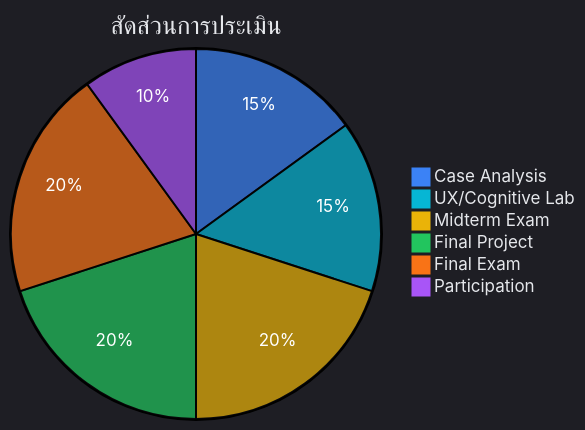
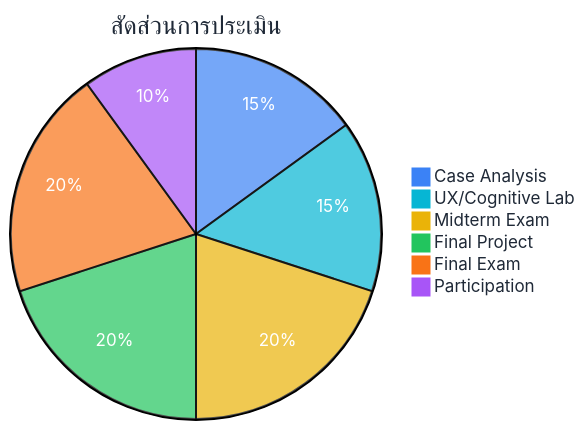
Before and after one commit to nutthakorn7/kmutnb-fte-portfolio: the diagram in teaching-plans/020527112_psychology.md, drawn with Mermaid. The commit also changed 5 other files, not shown here.

Commit message:
Fix Mermaid theme: use base theme with dark text (GitHub SVG has white bg)

````diff
--- a/teaching-plans/020527112_psychology.md
+++ b/teaching-plans/020527112_psychology.md
@@ -62,10 +62,10 @@
 ```mermaid
-%%{init: {'theme': 'dark', 'themeVariables': {'pie1': '#3b82f6', 'pie2': '#06b6d4', 'pie3': '#eab308', 'pie4': '#22c55e', 'pie5': '#f97316', 'pie6': '#a855f7', 'pieTitleTextColor': '#e5e7eb', 'pieSectionTextColor': '#fff', 'pieLegendTextColor': '#e5e7eb'}}}%%
+%%{init: {'theme': 'base', 'themeVariables': {'pie1': '#3b82f6', 'pie2': '#06b6d4', 'pie3': '#eab308', 'pie4': '#22c55e', 'pie5': '#f97316', 'pie6': '#a855f7', 'pieTitleTextColor': '#1f2937', 'pieSectionTextColor': '#fff', 'pieLegendTextColor': '#1f2937'}}}%%
 pie title สัดส่วนการประเมิน
     "Case Analysis" : 15
     "UX/Cognitive Lab" : 15
     "Midterm Exam" : 20
     "Final Project" : 20
     "Final Exam" : 20
     "Participation" : 10
 ```
````
